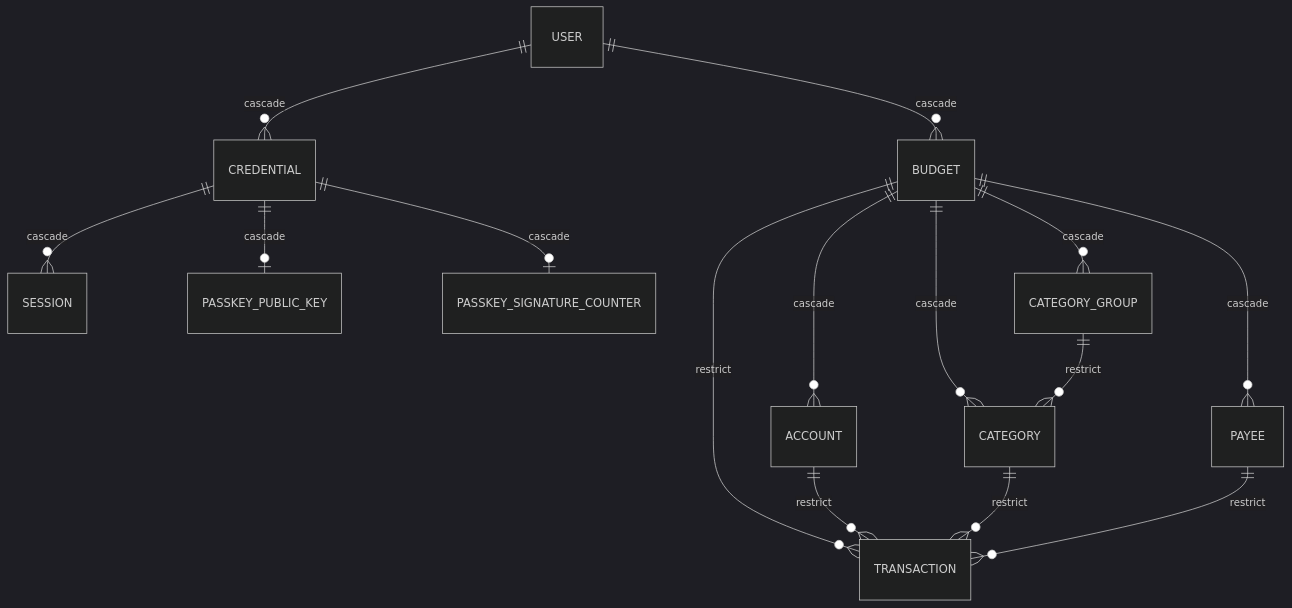
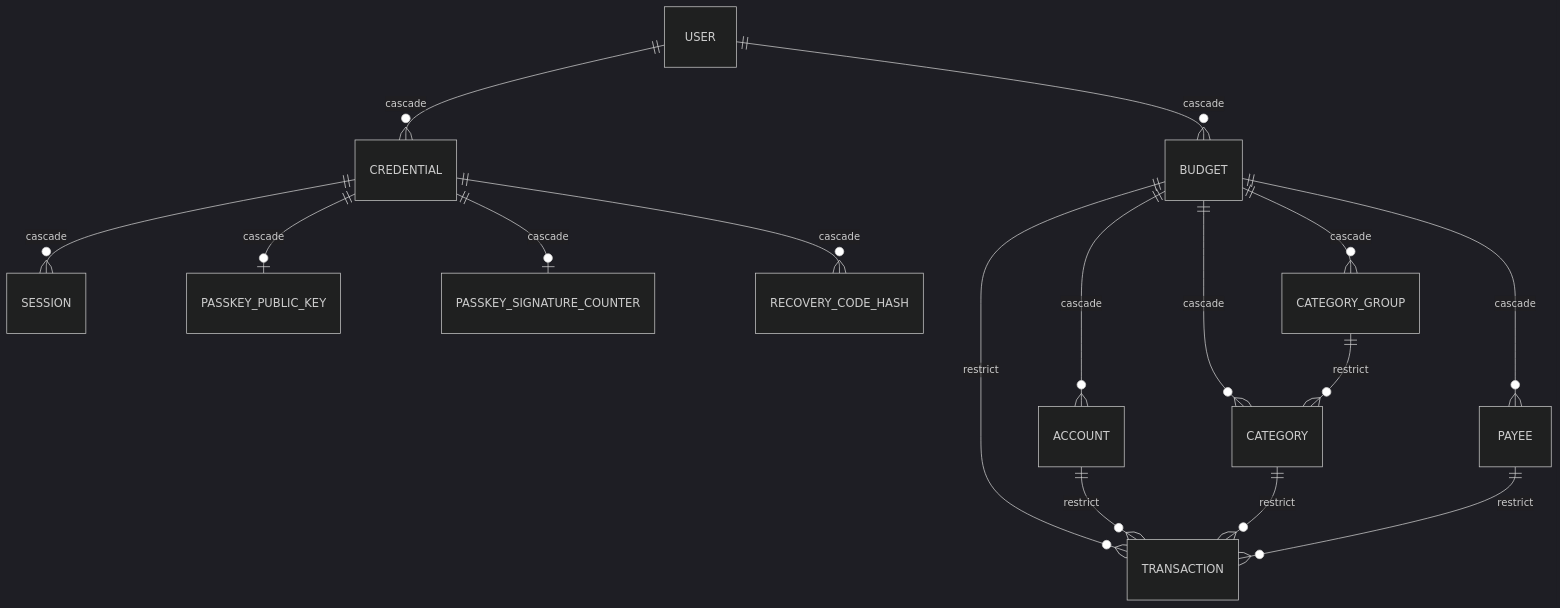
The first of 2 diagrams in docs/business-logic/erasure.md (anton-kochev/budgetoid), drawn with Mermaid (dark theme) before and after one commit. The commit also changed other lines of this file and 65 other files, not shown here.

````diff
--- a/docs/business-logic/erasure.md
+++ b/docs/business-logic/erasure.md
@@ -34,17 +34,18 @@
 ```mermaid
 erDiagram
     USER ||--o{ CREDENTIAL : "cascade"
     USER ||--o{ BUDGET : "cascade"
     CREDENTIAL ||--o{ SESSION : "cascade"
     CREDENTIAL ||--o| PASSKEY_PUBLIC_KEY : "cascade"
     CREDENTIAL ||--o| PASSKEY_SIGNATURE_COUNTER : "cascade"
+    CREDENTIAL ||--o{ RECOVERY_CODE_HASH : "cascade"
     BUDGET ||--o{ ACCOUNT : "cascade"
     BUDGET ||--o{ PAYEE : "cascade"
     BUDGET ||--o{ CATEGORY_GROUP : "cascade"
     BUDGET ||--o{ CATEGORY : "cascade"
     CATEGORY_GROUP ||--o{ CATEGORY : "restrict"
     BUDGET ||--o{ TRANSACTION : "restrict"
     ACCOUNT ||--o{ TRANSACTION : "restrict"
     CATEGORY ||--o{ TRANSACTION : "restrict"
     PAYEE ||--o{ TRANSACTION : "restrict"
 ```
````
